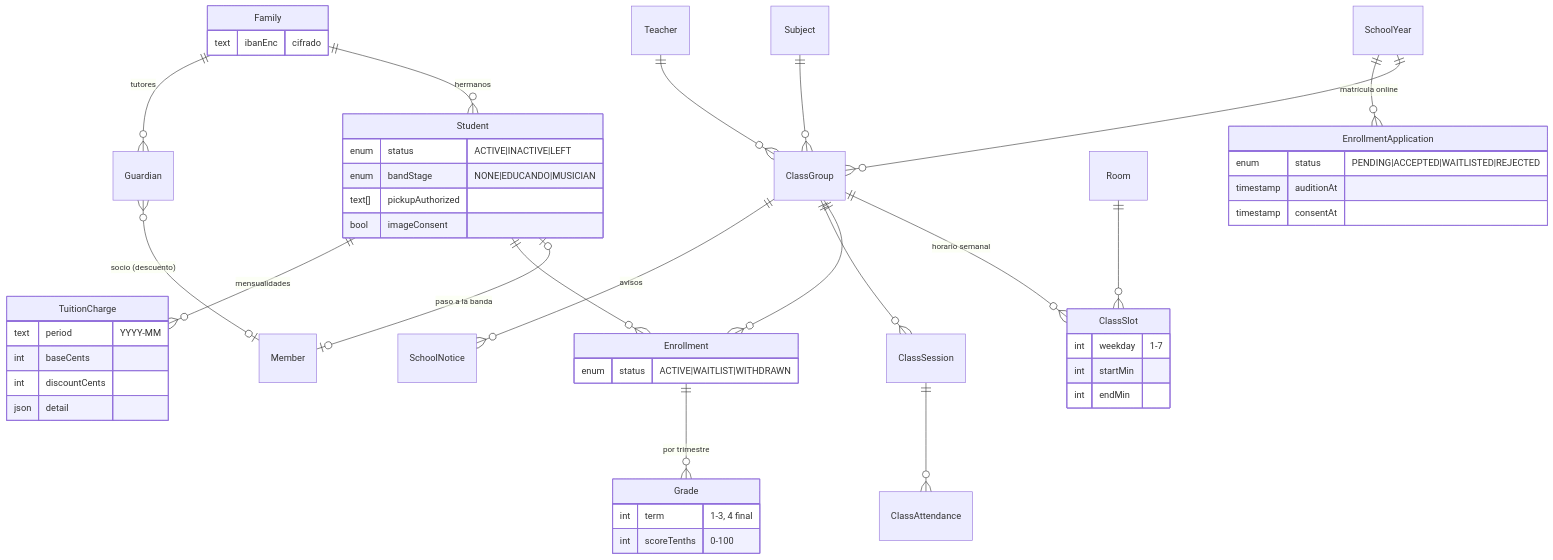
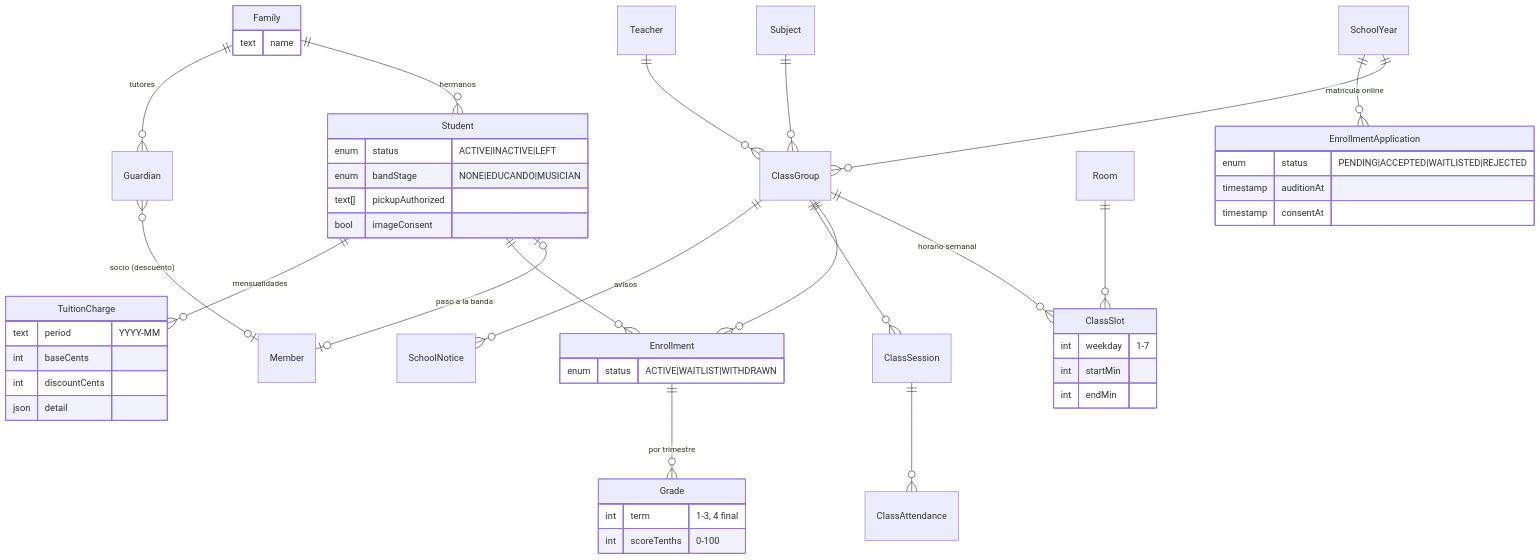
One commit to jl-sysmanager/solfeggio changed the fifth of 8 diagrams in docs/data-model.md. Above: the diagram before and after it, drawn with Mermaid. The commit also changed other lines of this file and 32 other files, not shown here.

````diff
--- a/docs/data-model.md
+++ b/docs/data-model.md
@@ -187,39 +186,39 @@
 ```mermaid
 erDiagram
   Family ||--o{ Student : "hermanos"
   Family ||--o{ Guardian : "tutores"
   Guardian }o--o| Member : "socio (descuento)"
   Student |o--o| Member : "paso a la banda"
   SchoolYear ||--o{ ClassGroup : ""
   Subject ||--o{ ClassGroup : ""
   Teacher ||--o{ ClassGroup : ""
   ClassGroup ||--o{ ClassSlot : "horario semanal"
   Room ||--o{ ClassSlot : ""
   ClassGroup ||--o{ Enrollment : ""
   Student ||--o{ Enrollment : ""
   Enrollment ||--o{ Grade : "por trimestre"
   ClassGroup ||--o{ ClassSession : ""
   ClassSession ||--o{ ClassAttendance : ""
   SchoolYear ||--o{ EnrollmentApplication : "matrícula online"
   Student ||--o{ TuitionCharge : "mensualidades"
   ClassGroup ||--o{ SchoolNotice : "avisos"
 
   Student { enum status "ACTIVE|INACTIVE|LEFT"
     enum bandStage "NONE|EDUCANDO|MUSICIAN"
     text[] pickupAuthorized
     bool imageConsent }
-  Family { text ibanEnc "cifrado" }
+  Family { text name }
   ClassSlot { int weekday "1-7"
     int startMin
     int endMin }
   Enrollment { enum status "ACTIVE|WAITLIST|WITHDRAWN" }
   EnrollmentApplication { enum status "PENDING|ACCEPTED|WAITLISTED|REJECTED"
     timestamp auditionAt
     timestamp consentAt }
   Grade { int term "1-3, 4 final"
     int scoreTenths "0-100" }
   TuitionCharge { text period "YYYY-MM"
     int baseCents
     int discountCents
     json detail }
 ```
````
